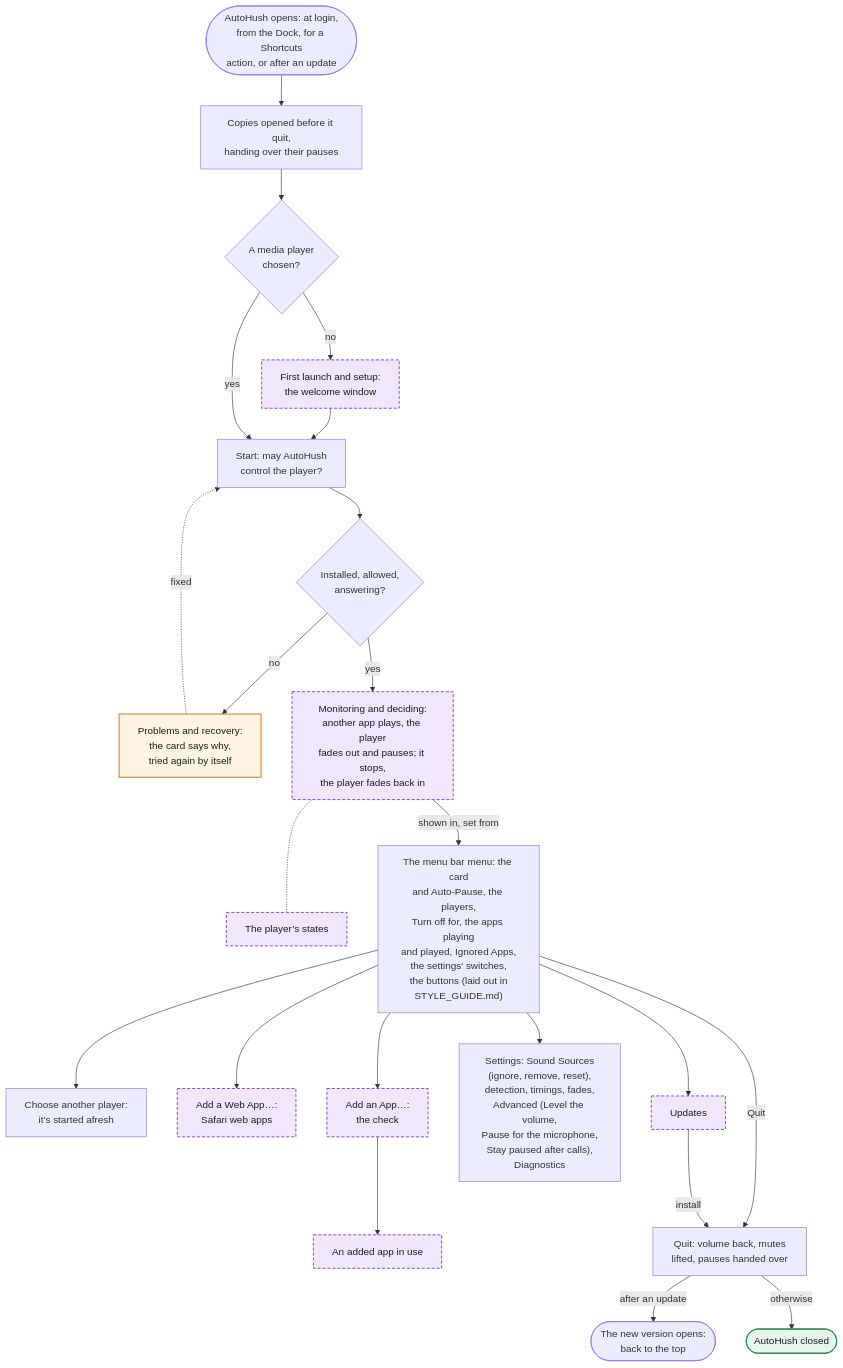
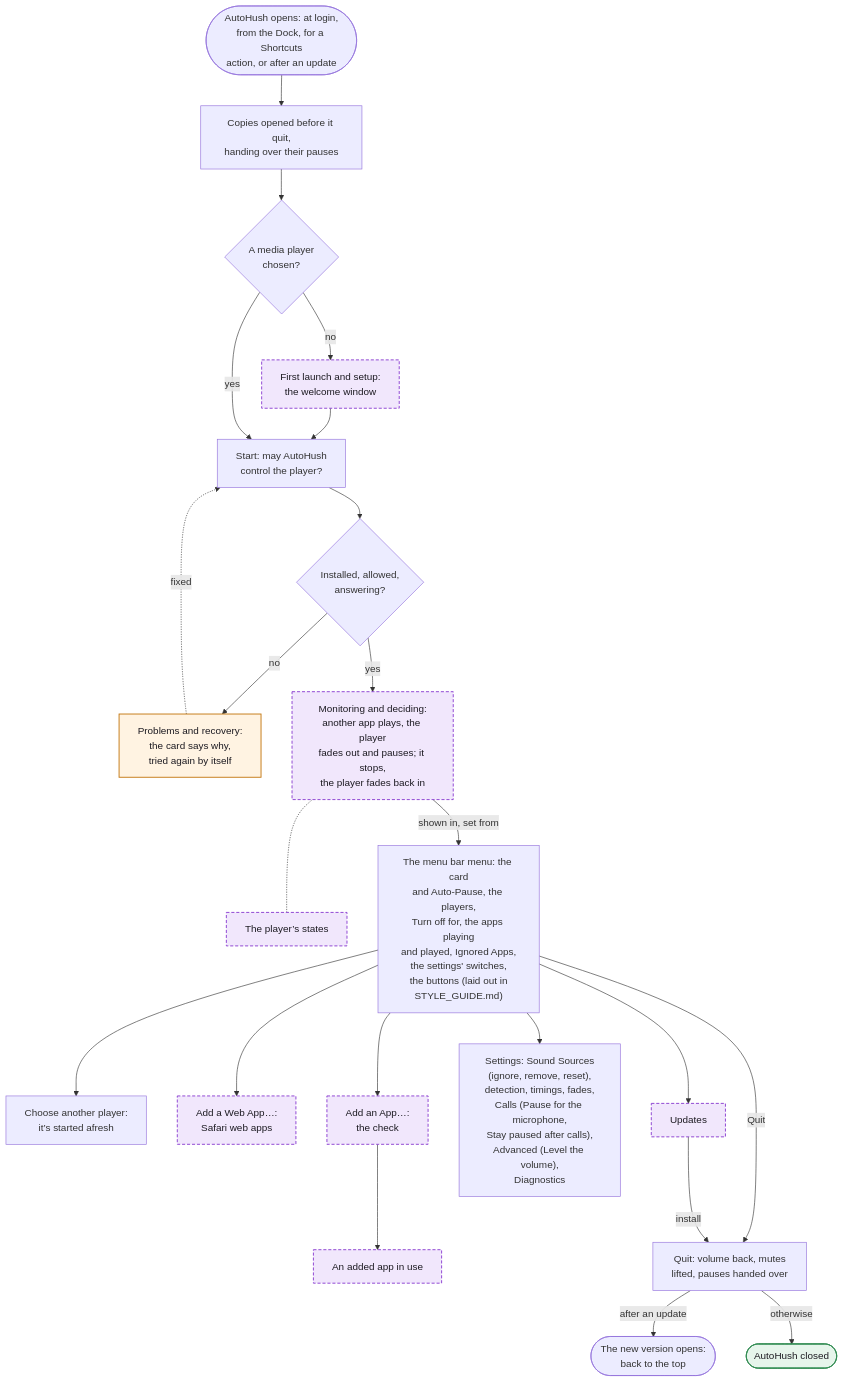
Before and after one commit to hfustercabre/AutoHush: the first of 14 diagrams in WORKFLOWS.md, drawn with Mermaid. The commit also changed other lines of this file and 20 other files, not shown here.

First line of the commit message:
feat: Calls, a section of its own in Settings and the menu

````diff
--- a/WORKFLOWS.md
+++ b/WORKFLOWS.md
@@ -24,48 +24,48 @@
 ```mermaid
 flowchart TD
   L(["AutoHush opens: at login,<br/>from the Dock, for a Shortcuts<br/>action, or after an update"])
   O["Copies opened before it quit,<br/>handing over their pauses"]
   C{"A media player<br/>chosen?"}
   W["First launch and setup:<br/>the welcome window"]
   S["Start: may AutoHush<br/>control the player?"]
   P{"Installed, allowed,<br/>answering?"}
   R["Problems and recovery:<br/>the card says why,<br/>tried again by itself"]
   M["Monitoring and deciding:<br/>another app plays, the player<br/>fades out and pauses; it stops,<br/>the player fades back in"]
   ST["The player’s states"]
   MENU["The menu bar menu: the card<br/>and Auto-Pause, the players,<br/>Turn off for, the apps playing<br/>and played, Ignored Apps,<br/>the settings' switches,<br/>the buttons (laid out in<br/>STYLE_GUIDE.md)"]
   CH["Choose another player:<br/>it’s started afresh"]
   WA["Add a Web App…:<br/>Safari web apps"]
   AA["Add an App…:<br/>the check"]
   AU["An added app in use"]
-  SET["Settings: Sound Sources<br/>(ignore, remove, reset),<br/>detection, timings, fades,<br/>Advanced (Level the volume,<br/>Pause for the microphone,<br/>Stay paused after calls),<br/>Diagnostics"]
+  SET["Settings: Sound Sources<br/>(ignore, remove, reset),<br/>detection, timings, fades,<br/>Calls (Pause for the microphone,<br/>Stay paused after calls),<br/>Advanced (Level the volume),<br/>Diagnostics"]
   UP["Updates"]
   Q["Quit: volume back, mutes<br/>lifted, pauses handed over"]
   RL(["The new version opens:<br/>back to the top"])
   QX(["AutoHush closed"])
 
   L --> O --> C
   C -->|"no"| W --> S
   C -->|"yes"| S
   S --> P
   P -->|"no"| R
   R -.->|"fixed"| S
   P -->|"yes"| M
   M -.- ST
   M -->|"shown in, set from"| MENU
   MENU --> CH
   MENU --> WA
   MENU --> AA --> AU
   MENU --> SET
   MENU --> UP
   MENU -->|"Quit"| Q
   UP -->|"install"| Q
   Q -->|"after an update"| RL
   Q -->|"otherwise"| QX
 
   class W,M,ST,WA,AA,AU,UP ref
   class R warn
   class QX done
   classDef ref fill:#f1e7fc,stroke:#8a3fd1,stroke-width:1.5px,stroke-dasharray: 5 3,color:#1d1b22
   classDef warn fill:#fff3e2,stroke:#c47812,stroke-width:1.5px,color:#1d1b22
   classDef done fill:#e6f5eb,stroke:#2f8a50,stroke-width:1.5px,color:#1d1b22
 ```
````
